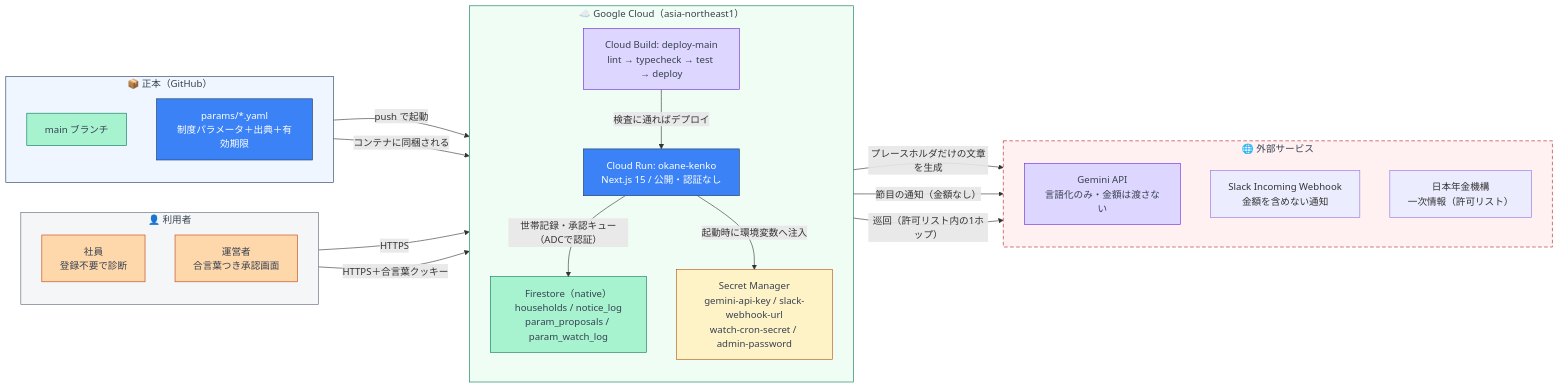
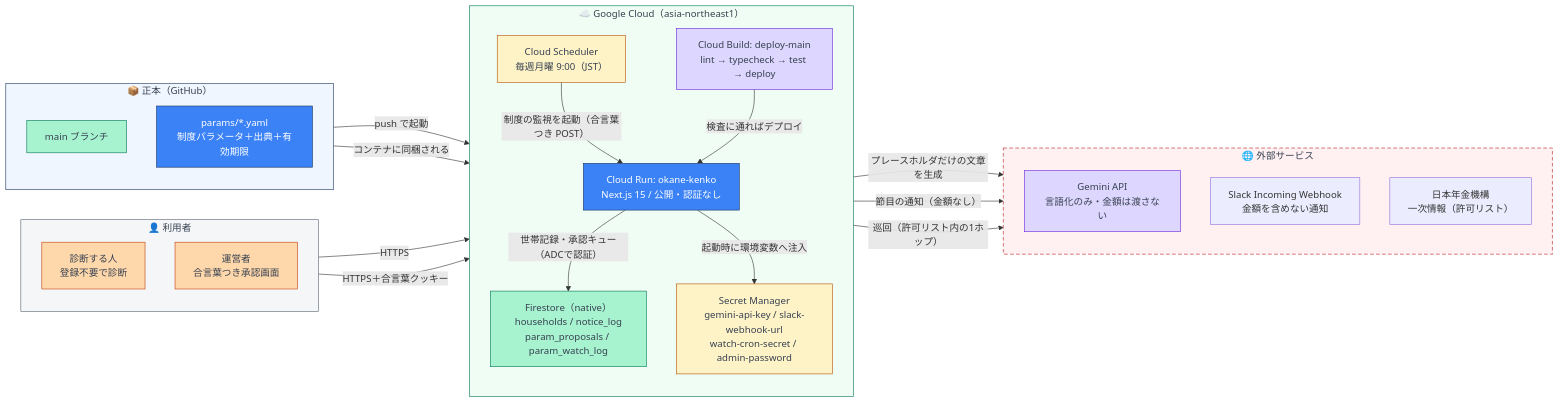
One commit to nekoai-lab/okane-kenko changed the diagram in docs/hackathon/system.mmd. Above: the diagram before and after it, drawn with Mermaid. The commit also changed 1 other file, not shown here.

Commit message:
構成図：利用者の箱から「社員」を外し、Cloud Scheduler を足す
提出文から法人・福利厚生の前提を外したのに合わせ、図の利用者を「診断する人」にした。
説明文にある毎週月曜の監視起動（Cloud Scheduler）が図に無かったので足した。

Claude-Session: https://claude.ai/code/session_01WwwLHy122GLjwfJn2Hcuzj

```diff
--- a/docs/hackathon/system.mmd
+++ b/docs/hackathon/system.mmd
@@ -1,54 +1,56 @@
 %% お金の健康診断 ─ システム構成（GCP）
 %% 主張：秘密は Secret Manager にしか無く、params はリポジトリにしか無い。
 %% 構成：①利用者 ②GCP（デプロイ経路と実行環境） ③外部サービス ④正本（Git）
 flowchart LR
   subgraph users["👤 利用者"]
     direction TB
-    employee["社員<br>登録不要で診断"]:::trigger
+    employee["診断する人<br>登録不要で診断"]:::trigger
     operator["運営者<br>合言葉つき承認画面"]:::trigger
   end
 
   subgraph gcp["☁️ Google Cloud（asia-northeast1）"]
     direction TB
     cloudRun["Cloud Run: okane-kenko<br>Next.js 15 / 公開・認証なし"]:::primary
     firestore["Firestore（native）<br>households / notice_log<br>param_proposals / param_watch_log"]:::success
     secrets["Secret Manager<br>gemini-api-key / slack-webhook-url<br>watch-cron-secret / admin-password"]:::gate
     cloudBuild["Cloud Build: deploy-main<br>lint → typecheck → test → deploy"]:::ai
+    scheduler["Cloud Scheduler<br>毎週月曜 9:00（JST）"]:::gate
   end
 
   subgraph external["🌐 外部サービス"]
     direction TB
     gemini["Gemini API<br>言語化のみ・金額は渡さない"]:::ai
     slack["Slack Incoming Webhook<br>金額を含めない通知"]
     nenkin["日本年金機構<br>一次情報（許可リスト）"]
   end
 
   subgraph repo["📦 正本（GitHub）"]
     direction TB
     mainBranch["main ブランチ"]:::success
     paramsYaml["params/*.yaml<br>制度パラメータ＋出典＋有効期限"]:::primary
   end
 
   employee -- "HTTPS" --> cloudRun
+  scheduler -- "制度の監視を起動（合言葉つき POST）" --> cloudRun
   operator -- "HTTPS＋合言葉クッキー" --> cloudRun
 
   cloudRun -- "世帯記録・承認キュー（ADCで認証）" --> firestore
   cloudRun -- "起動時に環境変数へ注入" --> secrets
   cloudRun -- "プレースホルダだけの文章を生成" --> gemini
   cloudRun -- "節目の通知（金額なし）" --> slack
   cloudRun -- "巡回（許可リスト内の1ホップ）" --> nenkin
 
   mainBranch -- "push で起動" --> cloudBuild
   cloudBuild -- "検査に通ればデプロイ" --> cloudRun
   paramsYaml -- "コンテナに同梱される" --> cloudBuild
 
   classDef trigger fill:#fed7aa,stroke:#c2410c,color:#374151
   classDef success fill:#a7f3d0,stroke:#047857,color:#374151
   classDef gate fill:#fef3c7,stroke:#b45309,color:#374151
   classDef ai fill:#ddd6fe,stroke:#6d28d9,color:#374151
   classDef primary fill:#3b82f6,stroke:#1e3a5f,color:#ffffff
 
   style users fill:#f4f6f8,stroke:#5a6472,color:#374151
   style gcp fill:#f0fdf4,stroke:#047857,color:#374151
   style external fill:#fff1f2,stroke:#b91c1c,stroke-dasharray:6 4,color:#374151
   style repo fill:#eff6ff,stroke:#1e3a5f,color:#374151
```
